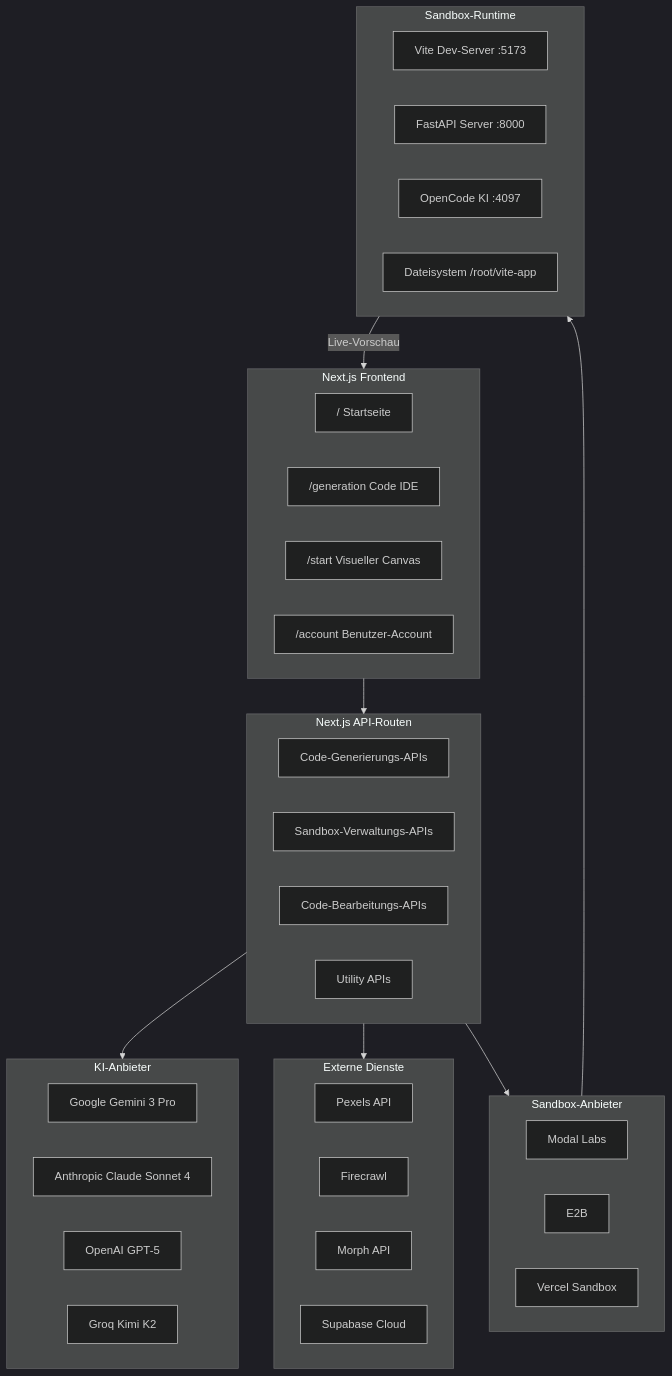
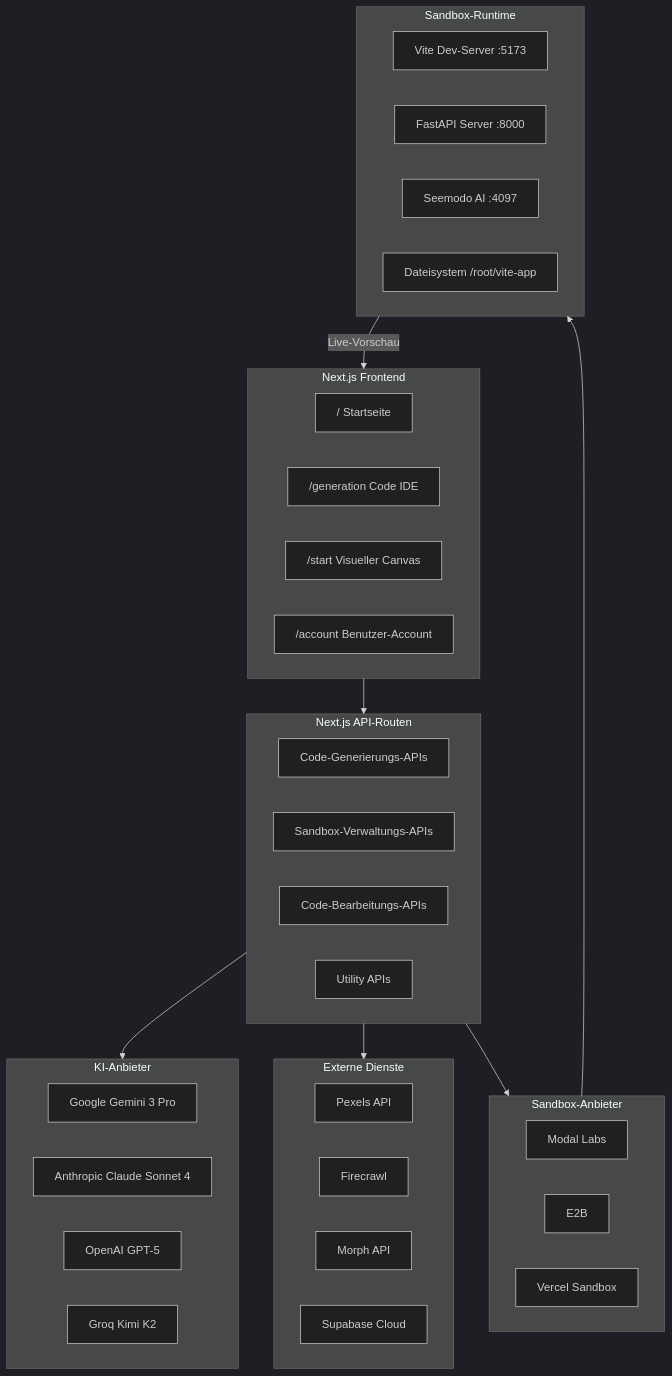
Before and after one commit to Seemodo/docs: the first of 7 diagrams in de/seemodo/architecture.mdx, drawn with Mermaid (dark theme). The commit also changed other lines of this file and 23 other files, not shown here.

Commit message:
Update documentation to replace all instances of "OpenCode" with "Seemodo AI" across multiple files, including AGENTS.md, README.md, and various API reference documents, ensuring consistency with the new branding.

````diff
--- a/de/seemodo/architecture.mdx
+++ b/de/seemodo/architecture.mdx
@@ -11,50 +11,50 @@
 ```mermaid
 flowchart TB
     subgraph Frontend["Next.js Frontend"]
         Home["/ Startseite"]
         Generation["/generation Code IDE"]
         Start["/start Visueller Canvas"]
         Account["/account Benutzer-Account"]
     end
 
     subgraph APIRoutes["Next.js API-Routen"]
         GenAPI["Code-Generierungs-APIs"]
         SandboxAPI["Sandbox-Verwaltungs-APIs"]
         EditAPI["Code-Bearbeitungs-APIs"]
         UtilAPI["Utility APIs"]
     end
 
     subgraph AIProviders["KI-Anbieter"]
         Gemini["Google Gemini 3 Pro"]
         Claude["Anthropic Claude Sonnet 4"]
         GPT["OpenAI GPT-5"]
         Kimi["Groq Kimi K2"]
     end
 
     subgraph Services["Externe Dienste"]
         Pexels["Pexels API"]
         Firecrawl["Firecrawl"]
         Morph["Morph API"]
         Supabase["Supabase Cloud"]
     end
 
     subgraph SandboxProviders["Sandbox-Anbieter"]
         Modal["Modal Labs"]
         E2B["E2B"]
         Vercel["Vercel Sandbox"]
     end
 
     subgraph SandboxRuntime["Sandbox-Runtime"]
         Vite["Vite Dev-Server :5173"]
         FastAPI["FastAPI Server :8000"]
-        OpenCode["OpenCode KI :4097"]
+        SeemodAI["Seemodo AI :4097"]
         FileSystem["Dateisystem /root/vite-app"]
     end
 
     Frontend --> APIRoutes
     APIRoutes --> AIProviders
     APIRoutes --> Services
     APIRoutes --> SandboxProviders
     SandboxProviders --> SandboxRuntime
     SandboxRuntime --> |Live-Vorschau| Frontend
 ```
````
